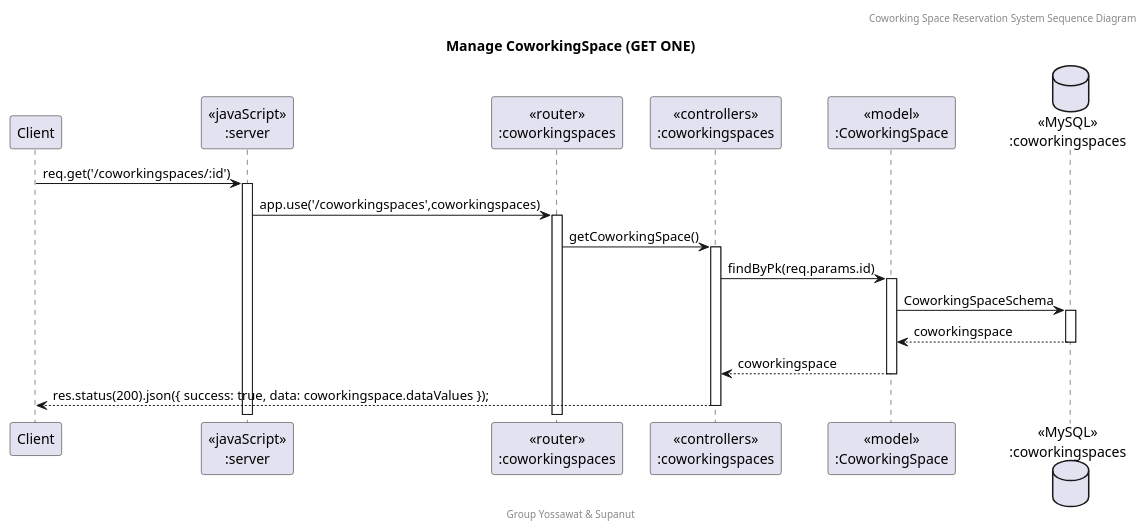
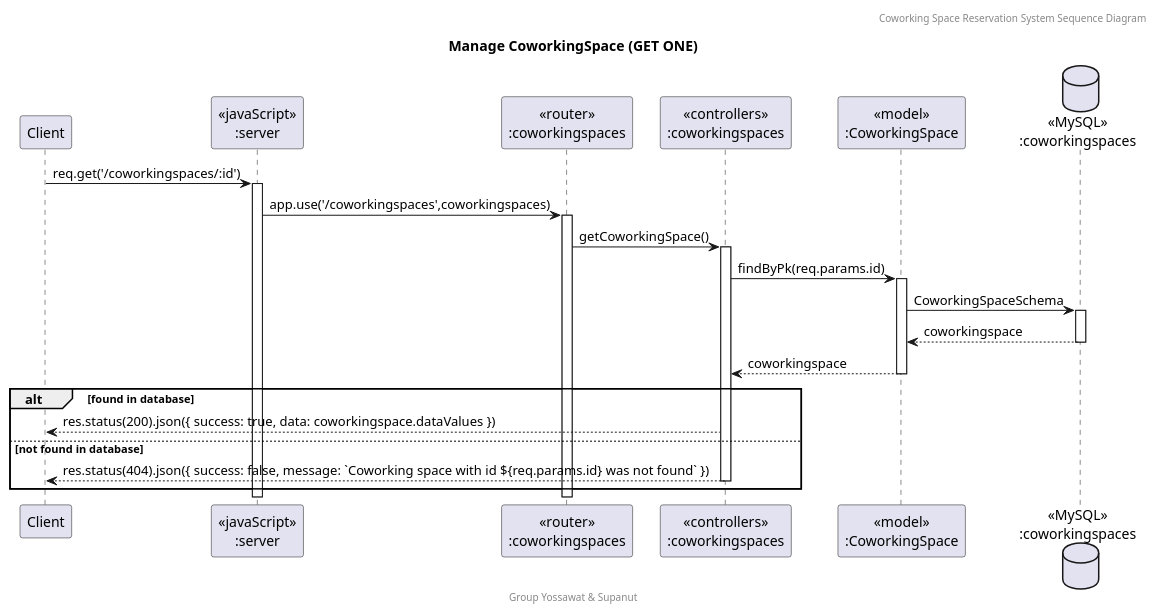
One commit to SupanutT/sw-dev-prac-project changed the diagram in doc/Sequence Diagram/puml/Co_Get_One.puml. Above: the diagram before and after it, drawn with PlantUML. The commit also changed 29 other files, not shown here.

Commit message:
feat: add png for every diagram

```diff
--- a/doc/Sequence Diagram/puml/Co_Get_One.puml
+++ b/doc/Sequence Diagram/puml/Co_Get_One.puml
@@ -1,23 +1,27 @@
 @startuml Manage CoworkingSpace (GET ONE)
 
 header Coworking Space Reservation System Sequence Diagram
 footer Group Yossawat & Supanut
 title "Manage CoworkingSpace (GET ONE)"
 
 participant "Client" as client
 participant "<<javaScript>>\n:server" as server
 participant "<<router>>\n:coworkingspaces" as routerCoworkingSpaces
 participant "<<controllers>>\n:coworkingspaces" as controllersCoworkingSpaces
 participant "<<model>>\n:CoworkingSpace" as modelCoworkingSpace
 database "<<MySQL>>\n:coworkingspaces" as CoworkingSpacesDatabase
 
 client->server ++:req.get('/coworkingspaces/:id')
 server->routerCoworkingSpaces ++:app.use('/coworkingspaces',coworkingspaces)
 routerCoworkingSpaces -> controllersCoworkingSpaces ++:getCoworkingSpace()
 controllersCoworkingSpaces-> modelCoworkingSpace ++:findByPk(req.params.id)
 modelCoworkingSpace -> CoworkingSpacesDatabase ++: CoworkingSpaceSchema
 CoworkingSpacesDatabase --> modelCoworkingSpace --: coworkingspace
 controllersCoworkingSpaces <-- modelCoworkingSpace --:coworkingspace
-controllersCoworkingSpaces-->client --:res.status(200).json({ success: true, data: coworkingspace.dataValues });
+alt found in database
+    controllersCoworkingSpaces-->client :res.status(200).json({ success: true, data: coworkingspace.dataValues })
+else not found in database
+    controllersCoworkingSpaces-->client --:res.status(404).json({ success: false, message: `Coworking space with id ${req.params.id} was not found` })
+end
 
 @enduml
```
